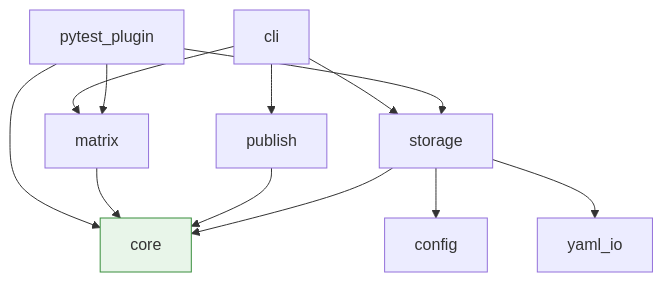
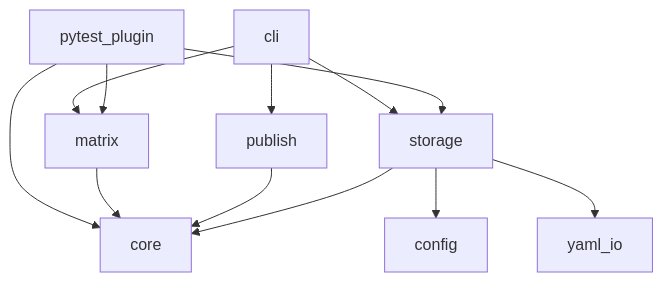
The first of 5 diagrams in docs/user-guide/design.md (vanandrew/jamb), drawn with Mermaid before and after one commit. The commit also changed other lines of this file and 27 other files, not shown here.

````diff
--- a/docs/user-guide/design.md
+++ b/docs/user-guide/design.md
@@ -20,16 +20,14 @@
 ```{mermaid}
 graph TD
     CLI[cli] --> Storage[storage]
     CLI --> Matrix[matrix]
     CLI --> Publish[publish]
     Plugin[pytest_plugin] --> Storage
     Plugin --> Matrix
     Plugin --> Core[core]
     Matrix --> Core
     Publish --> Core
     Storage --> Core
     Storage --> Config[config]
     Storage --> YamlIO[yaml_io]
-
-    style Core fill:#e8f5e9,stroke:#388e3c
 ```
````
